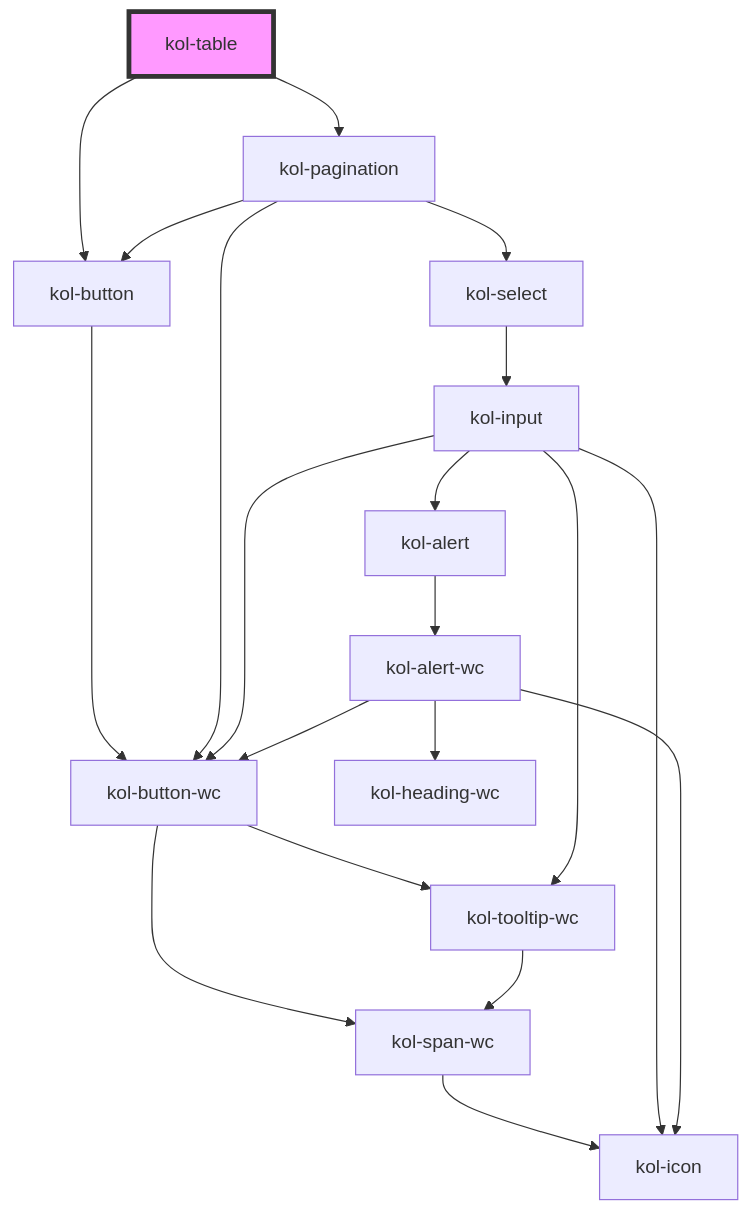
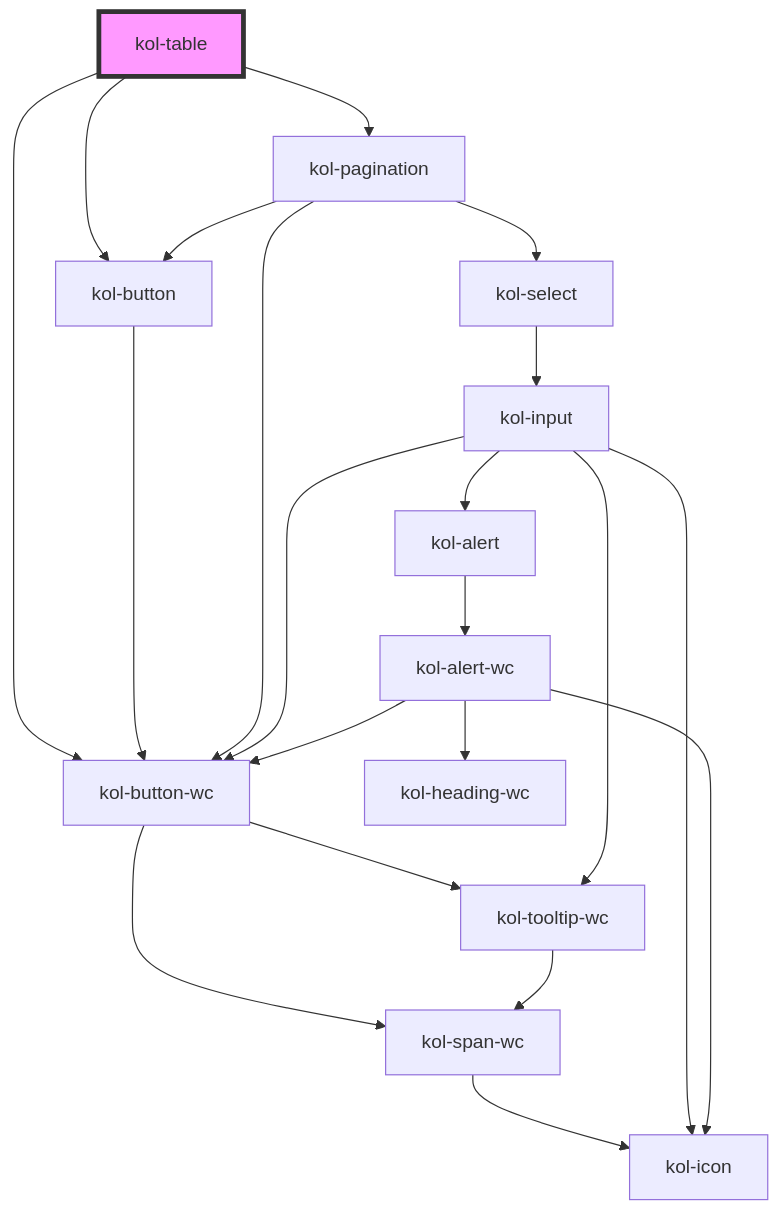
Before and after one commit to public-ui/kolibri: the diagram in packages/components/src/components/table/readme.md, drawn with Mermaid. The commit also changed other lines of this file and 31 other files, not shown here.

````diff
--- a/packages/components/src/components/table/readme.md
+++ b/packages/components/src/components/table/readme.md
@@ -143,23 +144,24 @@
 ```mermaid
 graph TD;
   kol-table --> kol-button
   kol-table --> kol-pagination
+  kol-table --> kol-button-wc
   kol-button --> kol-button-wc
   kol-button-wc --> kol-span-wc
   kol-button-wc --> kol-tooltip-wc
   kol-span-wc --> kol-icon
   kol-tooltip-wc --> kol-span-wc
   kol-pagination --> kol-button
   kol-pagination --> kol-select
   kol-pagination --> kol-button-wc
   kol-select --> kol-input
   kol-input --> kol-icon
   kol-input --> kol-button-wc
   kol-input --> kol-tooltip-wc
   kol-input --> kol-alert
   kol-alert --> kol-alert-wc
   kol-alert-wc --> kol-heading-wc
   kol-alert-wc --> kol-button-wc
   kol-alert-wc --> kol-icon
   style kol-table fill:#f9f,stroke:#333,stroke-width:4px
 ```
````
